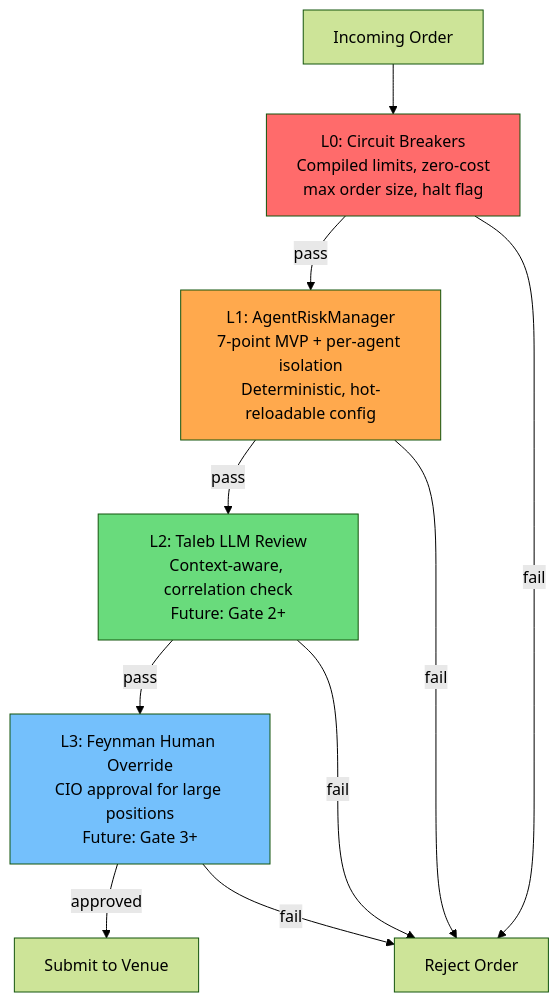
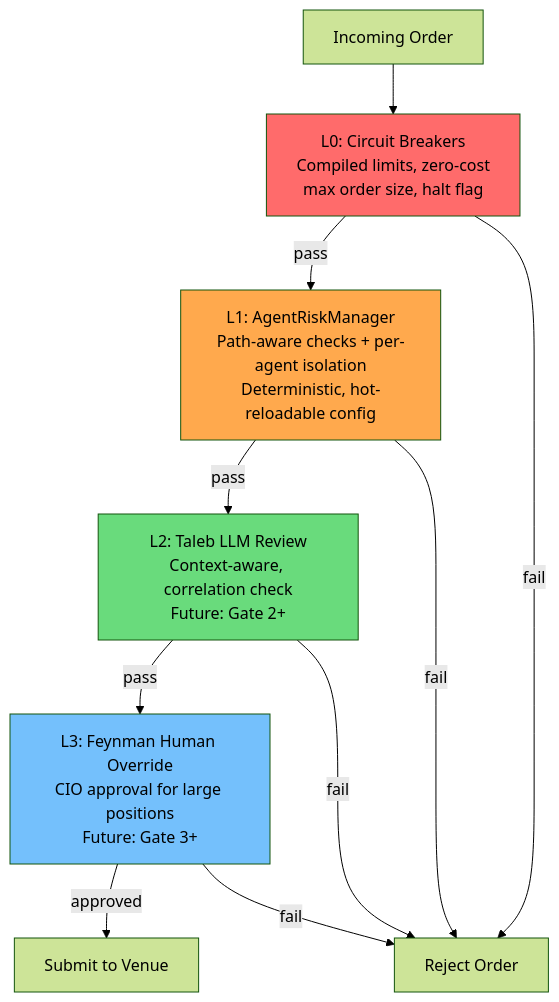
Before and after one commit to investlink-ai/feynman-engine: the second of 6 diagrams in docs/CONTRACTS.md, drawn with Mermaid (forest theme). The commit also changed other lines of this file and 48 other files, not shown here.

````diff
--- a/docs/CONTRACTS.md
+++ b/docs/CONTRACTS.md
@@ -243,20 +263,20 @@
 ```mermaid
 graph TD
     ORDER[Incoming Order]
 
     ORDER --> L0[L0: Circuit Breakers<br/>Compiled limits, zero-cost<br/>max order size, halt flag]
-    L0 -->|pass| L1[L1: AgentRiskManager<br/>7-point MVP + per-agent isolation<br/>Deterministic, hot-reloadable config]
+    L0 -->|pass| L1[L1: AgentRiskManager<br/>Path-aware checks + per-agent isolation<br/>Deterministic, hot-reloadable config]
     L1 -->|pass| L2[L2: Taleb LLM Review<br/>Context-aware, correlation check<br/>Future: Gate 2+]
     L2 -->|pass| L3[L3: Feynman Human Override<br/>CIO approval for large positions<br/>Future: Gate 3+]
     L3 -->|approved| SUBMIT[Submit to Venue]
 
     L0 -->|fail| REJECT[Reject Order]
     L1 -->|fail| REJECT
     L2 -->|fail| REJECT
     L3 -->|fail| REJECT
 
     style L0 fill:#ff6b6b
     style L1 fill:#ffa94d
     style L2 fill:#69db7c
     style L3 fill:#74c0fc
 ```
````
